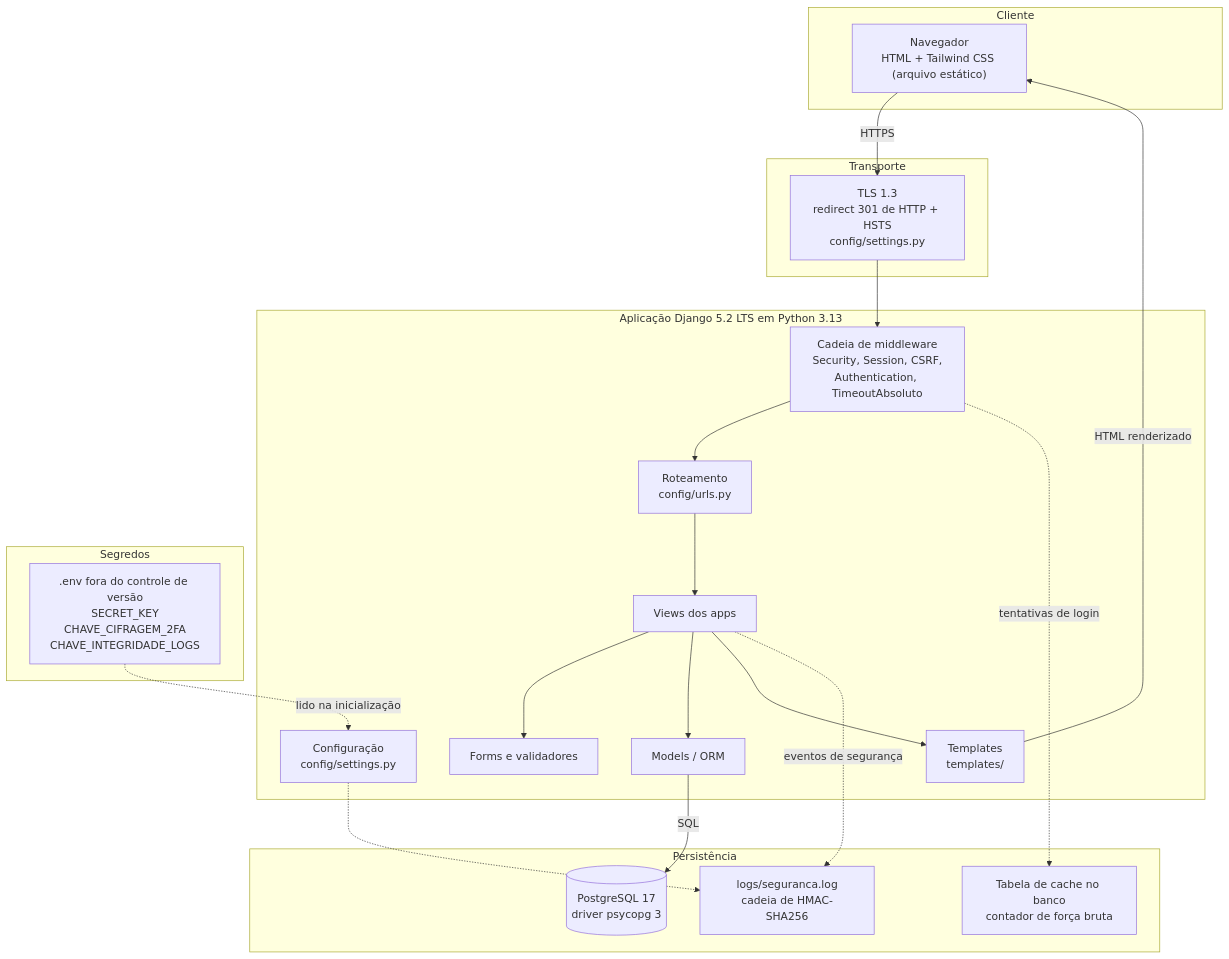
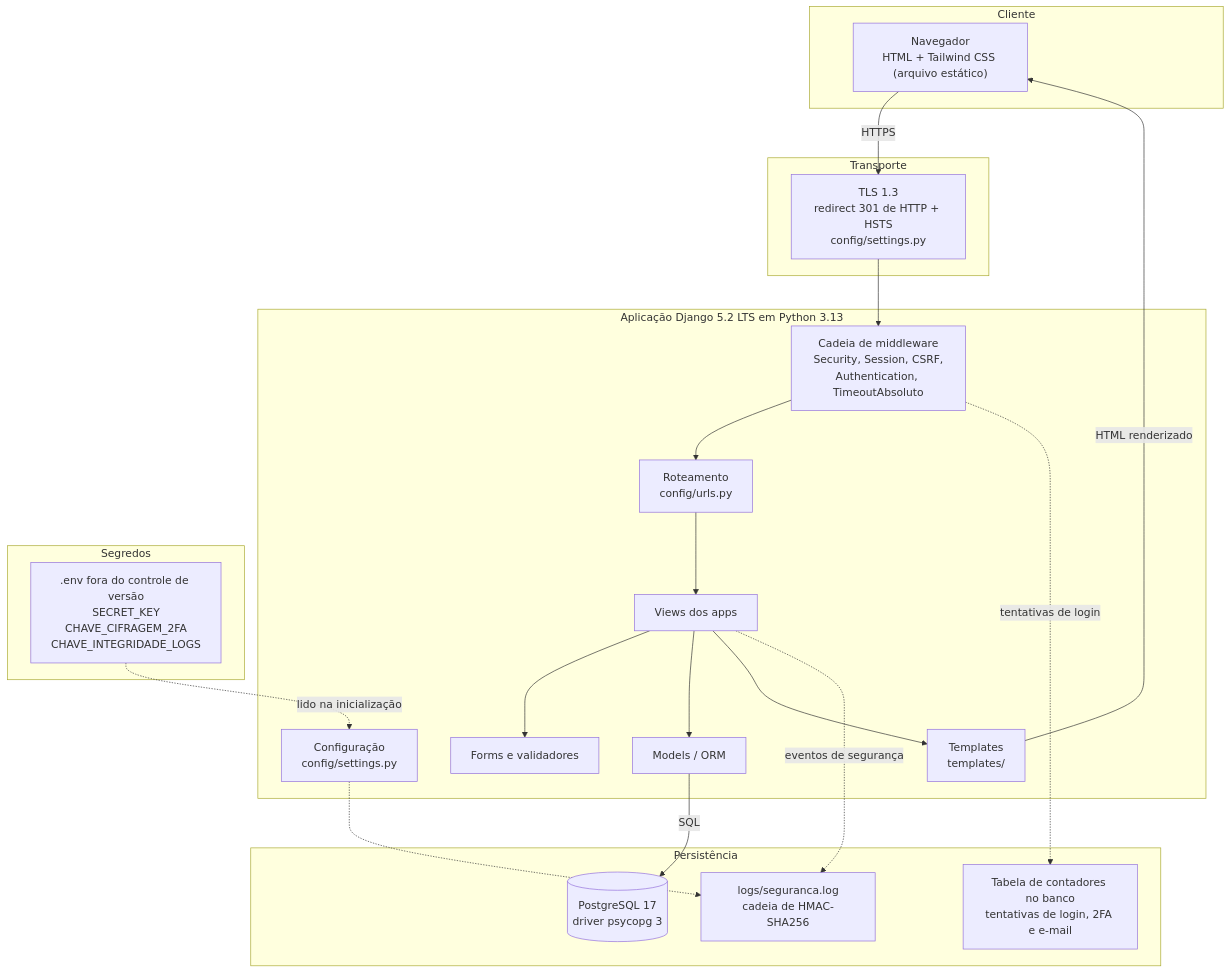
The first of 4 diagrams in docs/ARQUITETURA.md (Grupo-Opus-Dev/circulagov), drawn with Mermaid before and after one commit. The commit also changed other lines of this file and 16 other files, not shown here.

Commit message:
fix: contadores de tentativas atomicos, em tabela propria no banco

````diff
--- a/docs/ARQUITETURA.md
+++ b/docs/ARQUITETURA.md
@@ -43,44 +43,44 @@
 ```mermaid
 flowchart TB
     subgraph CLIENTE["Cliente"]
         nav["Navegador<br/>HTML + Tailwind CSS (arquivo estático)"]
     end
 
     subgraph TRANSPORTE["Transporte"]
         tls["TLS 1.3<br/>redirect 301 de HTTP + HSTS<br/>config/settings.py"]
     end
 
     subgraph APP["Aplicação Django 5.2 LTS em Python 3.13"]
         mw["Cadeia de middleware<br/>Security, Session, CSRF,<br/>Authentication, TimeoutAbsoluto"]
         urls["Roteamento<br/>config/urls.py"]
         views["Views dos apps"]
         forms["Forms e validadores"]
         tpl["Templates<br/>templates/"]
         orm["Models / ORM"]
         cfg["Configuração<br/>config/settings.py"]
     end
 
     subgraph DADOS["Persistência"]
         pg[("PostgreSQL 17<br/>driver psycopg 3")]
         logfile["logs/seguranca.log<br/>cadeia de HMAC-SHA256"]
-        cache["Tabela de cache no banco<br/>contador de força bruta"]
+        cache["Tabela de contadores no banco<br/>tentativas de login, 2FA e e-mail"]
     end
 
     subgraph SEGREDOS["Segredos"]
         envfile[".env fora do controle de versão<br/>SECRET_KEY<br/>CHAVE_CIFRAGEM_2FA<br/>CHAVE_INTEGRIDADE_LOGS"]
     end
 
     nav -->|HTTPS| tls
     tls --> mw
     mw --> urls
     urls --> views
     views --> forms
     views --> orm
     views --> tpl
     tpl -->|HTML renderizado| nav
     orm -->|SQL| pg
     views -.->|eventos de segurança| logfile
     mw -.->|tentativas de login| cache
     envfile -.->|lido na inicialização| cfg
     cfg -.-> logfile
 ```
````
